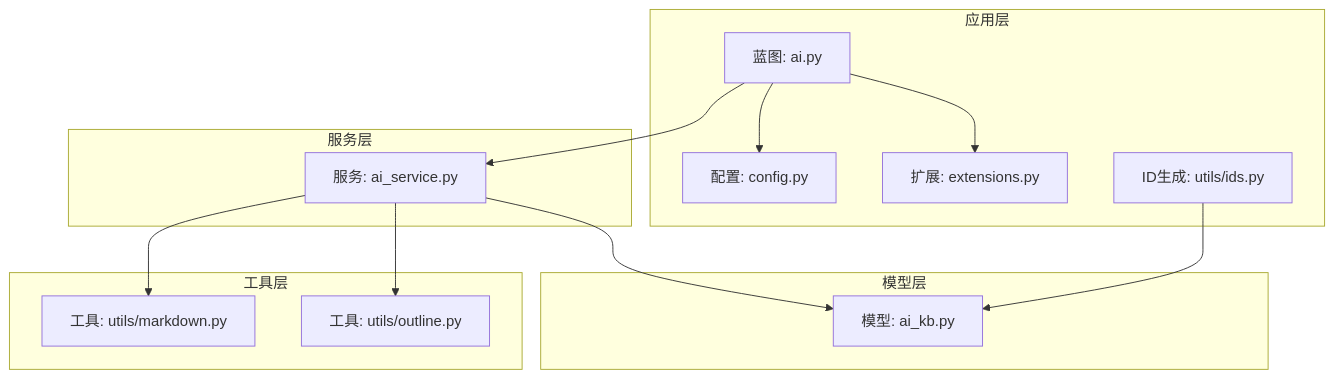
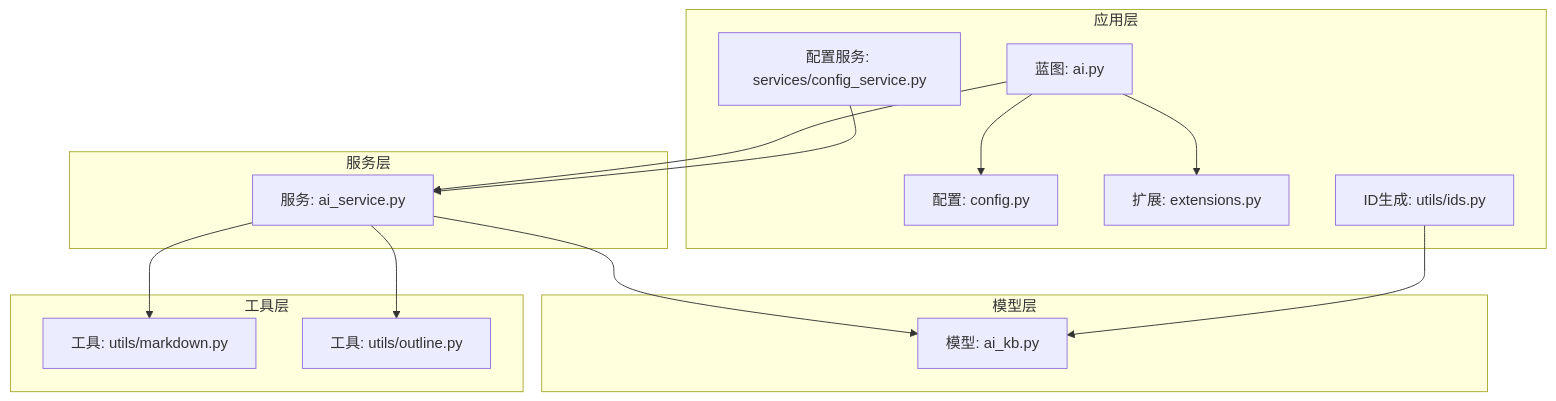
The first of 11 diagrams in .qoder/repowiki/zh/content/核心模块/AI知识库模块/AI知识库服务层.md (beyondalbert/my_wiki), drawn with Mermaid before and after one commit. The commit also changed other lines of this file and 17 other files, not shown here.

````diff
--- a/.qoder/repowiki/zh/content/核心模块/AI知识库模块/AI知识库服务层.md
+++ b/.qoder/repowiki/zh/content/核心模块/AI知识库模块/AI知识库服务层.md
@@ -43,26 +45,28 @@
 ```mermaid
 graph TB
 subgraph "应用层"
 BP_AI["蓝图: ai.py"]
 CFG["配置: config.py"]
 EXT["扩展: extensions.py"]
 ID_GEN["ID生成: utils/ids.py"]
+CONF_SVC["配置服务: services/config_service.py"]
 end
 subgraph "服务层"
 SVC_AI["服务: ai_service.py"]
 end
 subgraph "模型层"
 M_AIKB["模型: ai_kb.py"]
 end
 subgraph "工具层"
 U_MD["工具: utils/markdown.py"]
 U_OUT["工具: utils/outline.py"]
 end
 BP_AI --> SVC_AI
 SVC_AI --> M_AIKB
 SVC_AI --> U_MD
 SVC_AI --> U_OUT
 BP_AI --> CFG
 BP_AI --> EXT
 ID_GEN --> M_AIKB
+CONF_SVC --> SVC_AI
 ```
````
